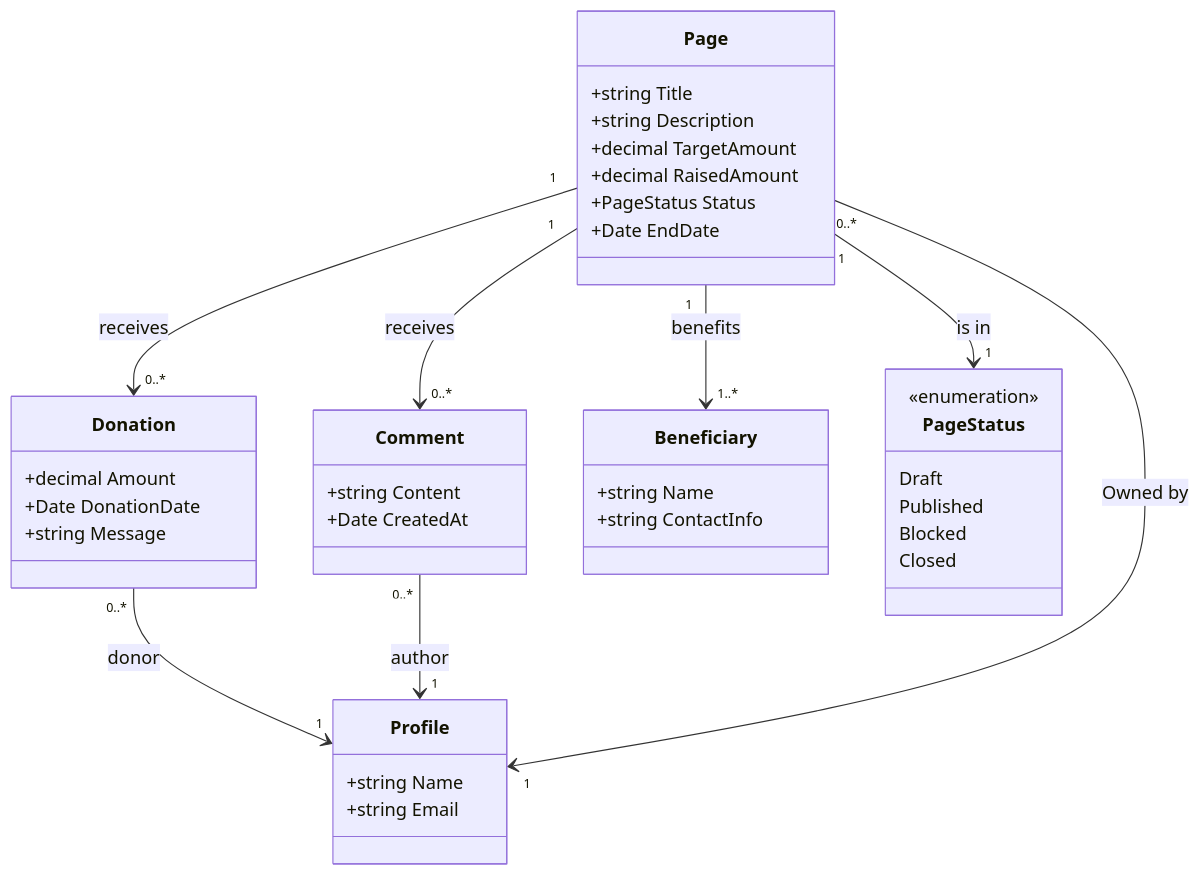
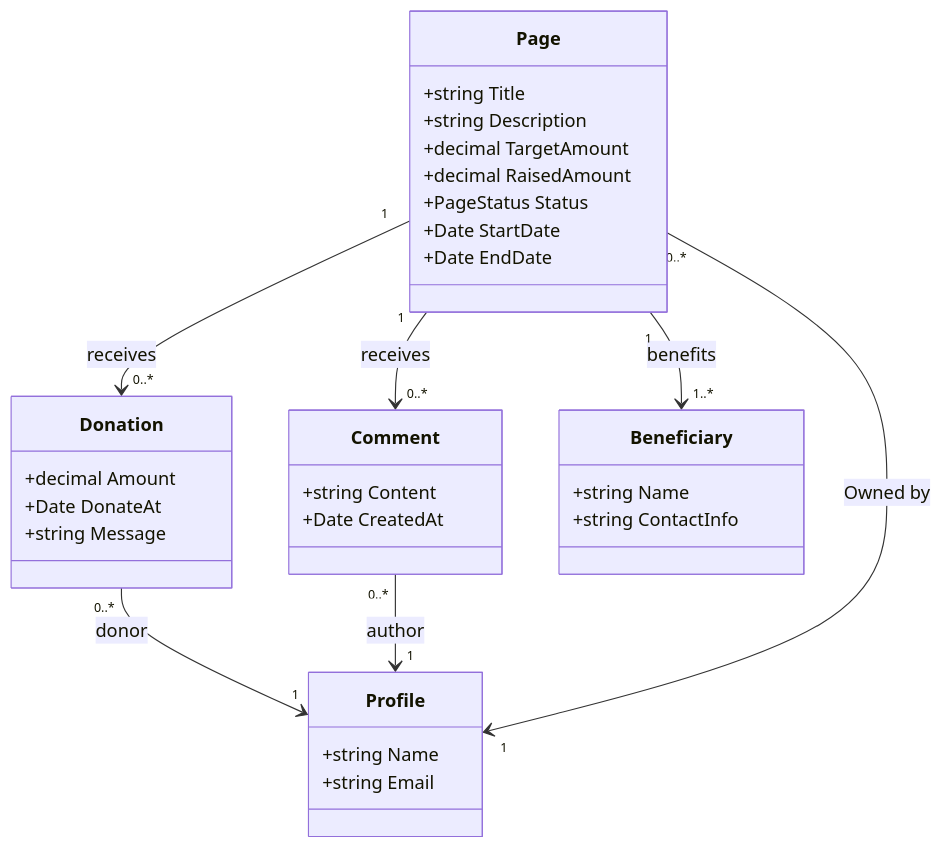
The diagram in _posts/2025-09-16-thinking-in-ddd-understanding-entities-value-objects-and-aggregates-through-a-crowdfunding-page.md (oninebx/blog), drawn with Mermaid before and after one commit.

Commit message:
Update Blog “2025-09-16-thinking-in-ddd-understanding-entities-value-objects-and-aggregates-through-a-crowdfunding-page”

```diff
--- a/_posts/2025-09-16-thinking-in-ddd-understanding-entities-value-objects-and-aggregates-through-a-crowdfunding-page.md
+++ b/_posts/2025-09-16-thinking-in-ddd-understanding-entities-value-objects-and-aggregates-through-a-crowdfunding-page.md
@@ -32,56 +32,50 @@
 <div class="mermaid">
 classDiagram
     %% Page Core class
     class Page {
         +string Title
         +string Description
         +decimal TargetAmount
         +decimal RaisedAmount
         +PageStatus Status
+        +Date StartDate
         +Date EndDate
     }
 
     %% Relevant objects
     class Donation {
         +decimal Amount
-        +Date DonationDate
+        +Date DonateAt
         +string Message
     }
 
     class Comment {
         +string Content
         +Date CreatedAt
     }
 
     class Profile {
         +string Name
         +string Email
     }
 
 
     class Beneficiary {
         +string Name
         +string ContactInfo
     }
 
-    class PageStatus {
-        <<enumeration>>
-        Draft
-        Published
-        Blocked
-        Closed
-    }
 
     %% Relationships
     Page "1" --> "0..*" Donation : receives
     Donation "0..*" --> "1" Profile : donor
 
     Page "1" --> "0..*" Comment : receives
     Comment "0..*" --> "1" Profile : author
 
     Page "0..*" --> "1" Profile : Owned by
 
     Page "1" --> "1..*" Beneficiary : benefits
-    Page "1" --> "1" PageStatus : is in
+   
    
 </div>
```
